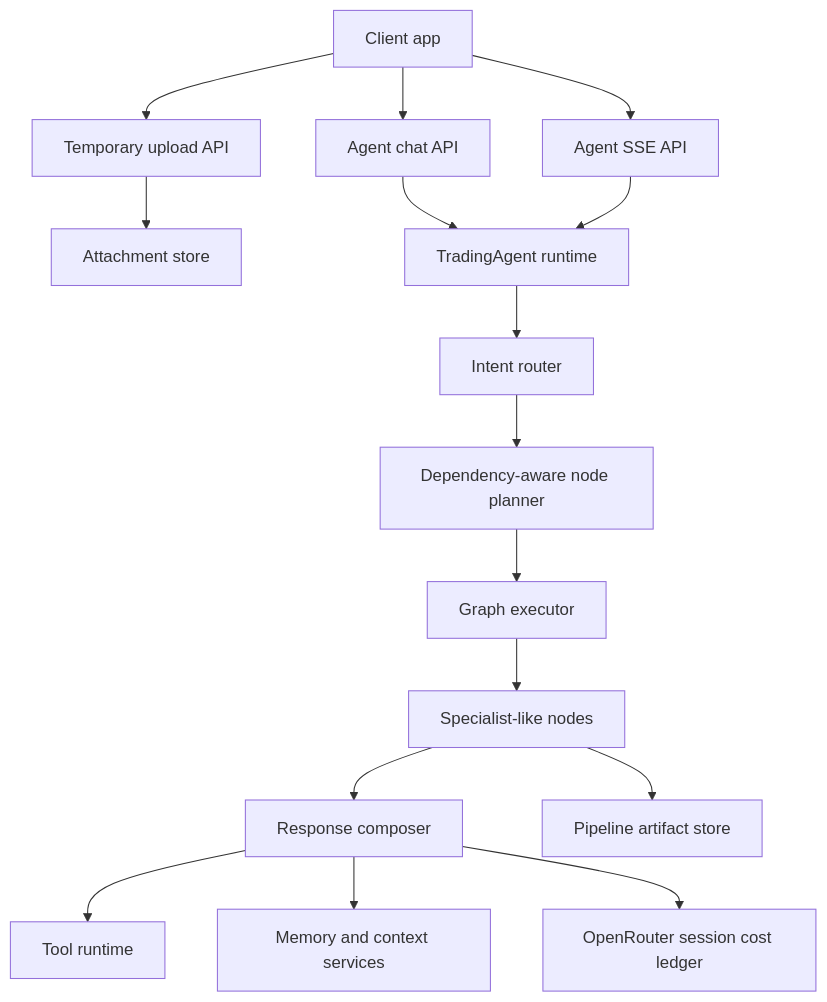
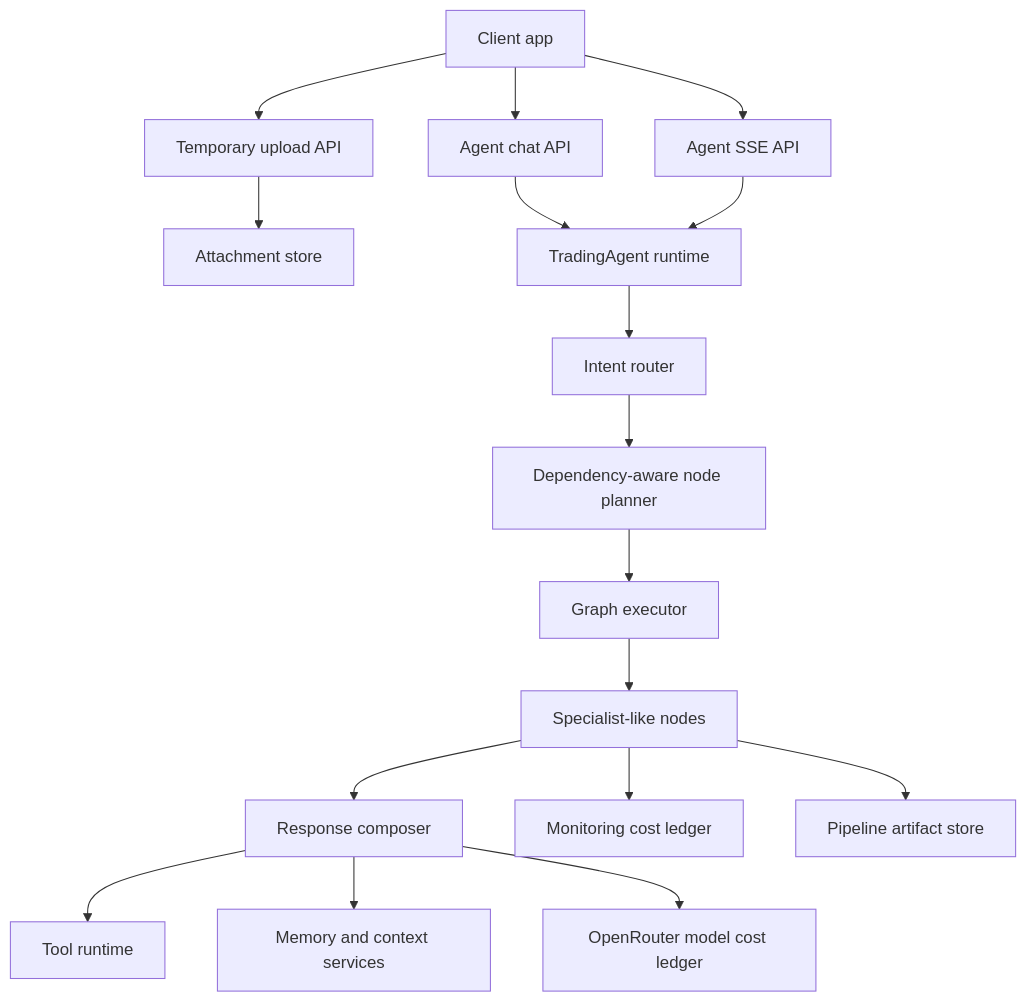
One commit to FajarArrizki/docs changed the first of 4 diagrams in api-reference/agent.mdx. Above: the diagram before and after it, drawn with Mermaid. The commit also changed other lines of this file and 20 other files, not shown here.

````diff
--- a/api-reference/agent.mdx
+++ b/api-reference/agent.mdx
@@ -22,18 +22,19 @@
 ```mermaid
 flowchart TD
     A[Client app] --> B[Temporary upload API]
     A --> C[Agent chat API]
     A --> D[Agent SSE API]
     B --> E[Attachment store]
     C --> F[TradingAgent runtime]
     D --> F
     F --> G[Intent router]
     G --> H[Dependency-aware node planner]
     H --> I[Graph executor]
     I --> J[Specialist-like nodes]
     J --> K[Response composer]
     K --> L[Tool runtime]
     K --> M[Memory and context services]
-    K --> N[OpenRouter session cost ledger]
+    K --> N[OpenRouter model cost ledger]
+    J --> P[Monitoring cost ledger]
     J --> O[Pipeline artifact store]
 ```
````
